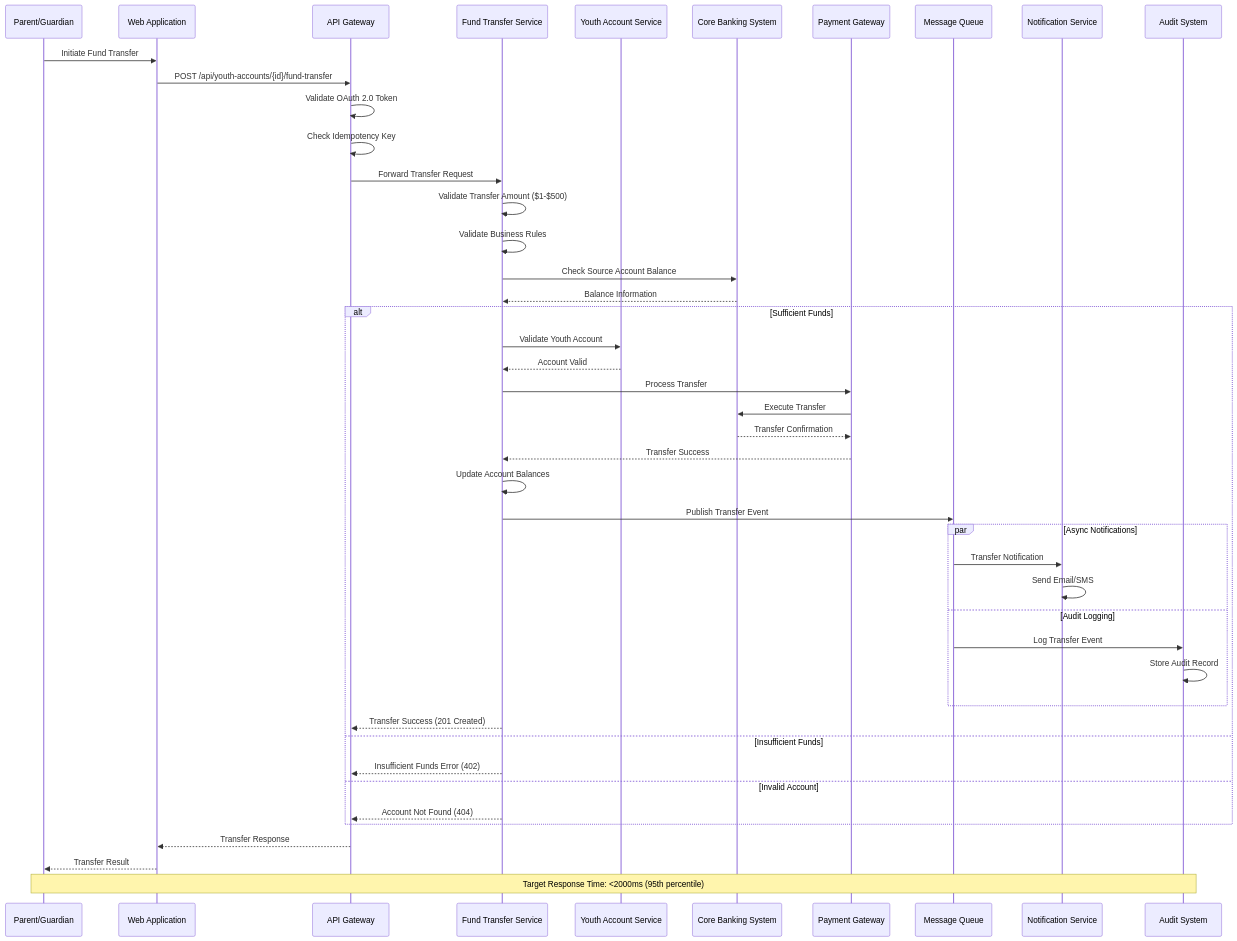
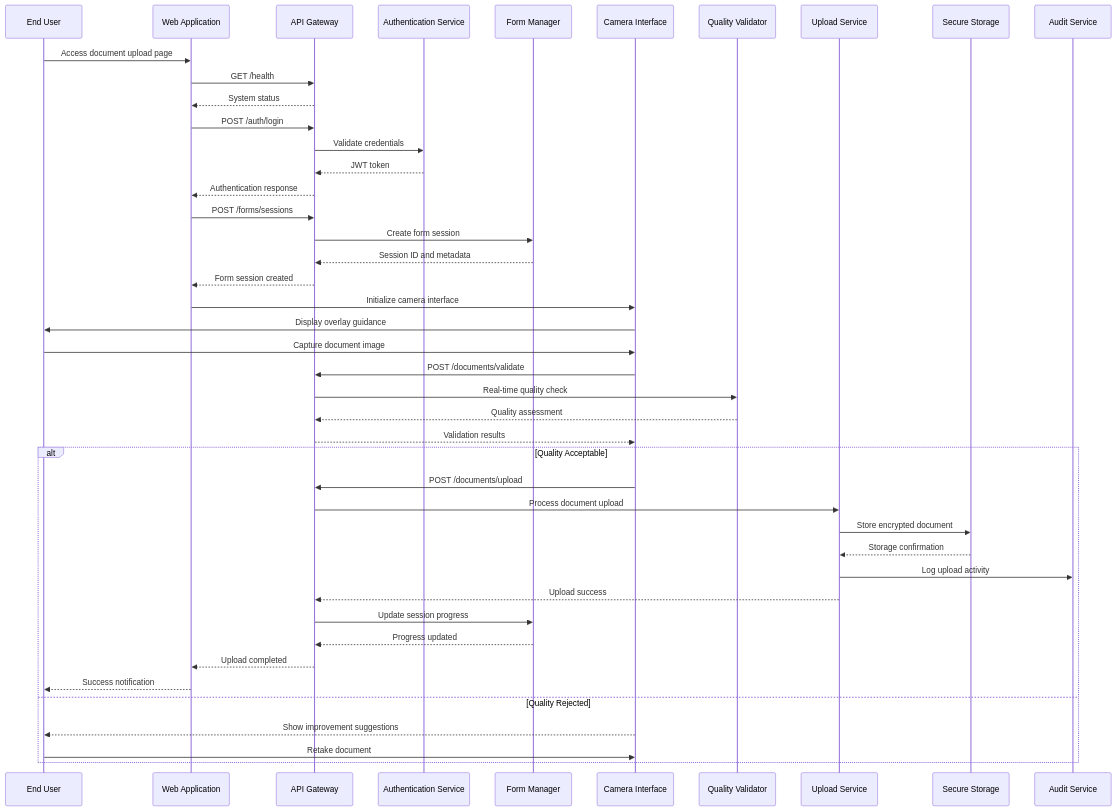
One commit to ThapaswiASC/SCIB-INCEPTION-PHASE-DEMO changed the first of 7 diagrams in API Development/Components and Sequence Diagrams/sequence_diagram.md. Above: the diagram before and after it, drawn with Mermaid. The commit also changed other lines of this file and 1 other file, not shown here.

````diff
--- a/API Development/Components and Sequence Diagrams/sequence_diagram.md
+++ b/API Development/Components and Sequence Diagrams/sequence_diagram.md
@@ -58,59 +12,52 @@
 ```mermaid
 sequenceDiagram
-    participant Parent as Parent/Guardian
+    participant User as End User
     participant WebApp as Web Application
-    participant APIGateway as API Gateway
-    participant TransferService as Fund Transfer Service
-    participant YouthService as Youth Account Service
-    participant CoreBanking as Core Banking System
-    participant PaymentGateway as Payment Gateway
-    participant MessageQueue as Message Queue
-    participant NotificationService as Notification Service
-    participant AuditSystem as Audit System
+    participant API as API Gateway
+    participant Auth as Authentication Service
+    participant FormMgr as Form Manager
+    participant Camera as Camera Interface
+    participant Validator as Quality Validator
+    participant Upload as Upload Service
+    participant Storage as Secure Storage
+    participant Audit as Audit Service
     
-    Parent->>WebApp: Initiate Fund Transfer
-    WebApp->>APIGateway: POST /api/youth-accounts/{id}/fund-transfer
-    APIGateway->>APIGateway: Validate OAuth 2.0 Token
-    APIGateway->>APIGateway: Check Idempotency Key
-    APIGateway->>TransferService: Forward Transfer Request
+    User->>WebApp: Access document upload page
+    WebApp->>API: GET /health
+    API-->>WebApp: System status
     
-    TransferService->>TransferService: Validate Transfer Amount ($1-$500)
-    TransferService->>TransferService: Validate Business Rules
+    WebApp->>API: POST /auth/login
+    API->>Auth: Validate credentials
+    Auth-->>API: JWT token
+    API-->>WebApp: Authentication response
     
-    TransferService->>CoreBanking: Check Source Account Balance
-    CoreBanking-->>TransferService: Balance Information
+    WebApp->>API: POST /forms/sessions
+    API->>FormMgr: Create form session
+    FormMgr-->>API: Session ID and metadata
+    API-->>WebApp: Form session created
     
-    alt Sufficient Funds
-        TransferService->>YouthService: Validate Youth Account
-        YouthService-->>TransferService: Account Valid
-        
-        TransferService->>PaymentGateway: Process Transfer
-        PaymentGateway->>CoreBanking: Execute Transfer
-        CoreBanking-->>PaymentGateway: Transfer Confirmation
-        PaymentGateway-->>TransferService: Transfer Success
-        
-        TransferService->>TransferService: Update Account Balances
-        TransferService->>MessageQueue: Publish Transfer Event
-        
-        par Async Notifications
-            MessageQueue->>NotificationService: Transfer Notification
-            NotificationService->>NotificationService: Send Email/SMS
-        and Audit Logging
-            MessageQueue->>AuditSystem: Log Transfer Event
-            AuditSystem->>AuditSystem: Store Audit Record
-        end
-        
-        TransferService-->>APIGateway: Transfer Success (201 Created)
-        
-    else Insufficient Funds
-        TransferService-->>APIGateway: Insufficient Funds Error (402)
-        
-    else Invalid Account
-        TransferService-->>APIGateway: Account Not Found (404)
+    WebApp->>Camera: Initialize camera interface
+    Camera->>User: Display overlay guidance
+    User->>Camera: Capture document image
+    
+    Camera->>API: POST /documents/validate
+    API->>Validator: Real-time quality check
+    Validator-->>API: Quality assessment
+    API-->>Camera: Validation results
+    
+    alt Quality Acceptable
+        Camera->>API: POST /documents/upload
+        API->>Upload: Process document upload
+        Upload->>Storage: Store encrypted document
+        Storage-->>Upload: Storage confirmation
+        Upload->>Audit: Log upload activity
+        Upload-->>API: Upload success
+        API->>FormMgr: Update session progress
+        FormMgr-->>API: Progress updated
+        API-->>WebApp: Upload completed
+        WebApp-->>User: Success notification
+    else Quality Rejected
+        Camera-->>User: Show improvement suggestions
+        User->>Camera: Retake document
     end
-    
-    APIGateway-->>WebApp: Transfer Response
-    WebApp-->>Parent: Transfer Result
-    
-    Note over Parent, AuditSystem: Target Response Time: <2000ms (95th percentile)
 ```
````
